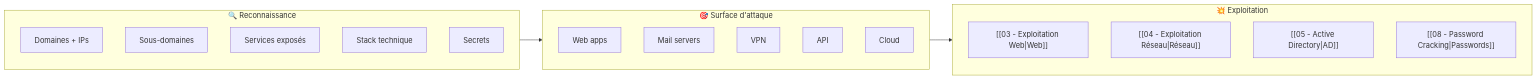
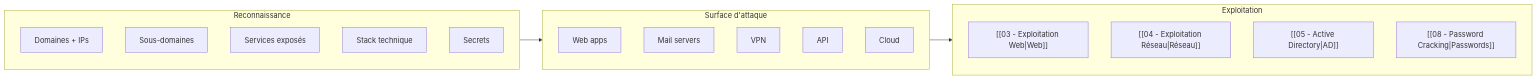
Before and after one commit to F0X-hack/foxhack.fr: the eighth of 8 diagrams in public/offsidian/vault/Cybersécurité Offensive/01 - Reconnaissance.md, drawn with Mermaid. The commit also changed other lines of this file and 369 other files, not shown here.

````diff
--- a/public/offsidian/vault/Cybersécurité Offensive/01 - Reconnaissance.md
+++ b/public/offsidian/vault/Cybersécurité Offensive/01 - Reconnaissance.md
@@ -1398,24 +1398,24 @@
 ```mermaid
 flowchart LR
-    subgraph RECON["🔍 Reconnaissance"]
+    subgraph RECON["Reconnaissance"]
         R1["Domaines + IPs"]
         R2["Sous-domaines"]
         R3["Services exposés"]
         R4["Stack technique"]
         R5["Secrets"]
     end
-    subgraph SURFACE["🎯 Surface d'attaque"]
+    subgraph SURFACE["Surface d'attaque"]
         S1["Web apps"]
         S2["Mail servers"]
         S3["VPN"]
         S4["API"]
         S5["Cloud"]
     end
-    subgraph EXPLOIT["💥 Exploitation"]
+    subgraph EXPLOIT["Exploitation"]
         E1["[[03 - Exploitation Web|Web]]"]
         E2["[[04 - Exploitation Réseau|Réseau]]"]
         E3["[[05 - Active Directory|AD]]"]
         E4["[[08 - Password Cracking|Passwords]]"]
     end
     RECON --> SURFACE --> EXPLOIT
 ```
````
